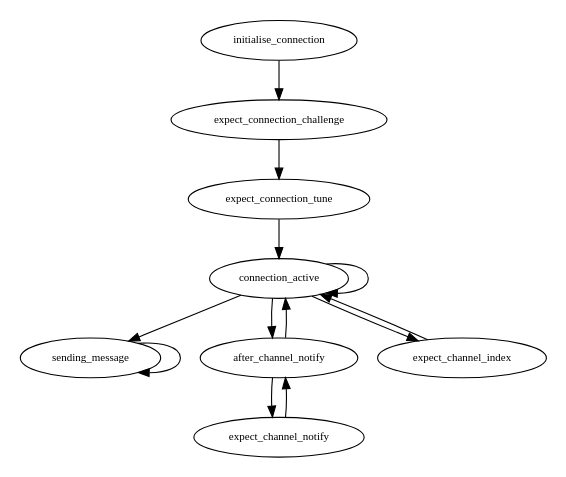
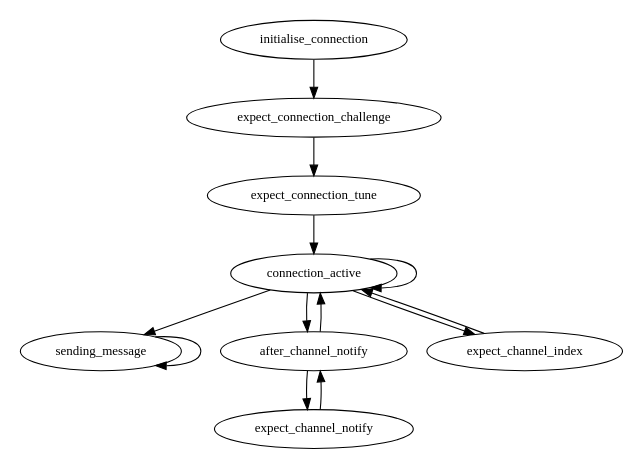
One commit to imatix/openamq changed the diagram in doc/amq_aclient_agent.dot. Above: the diagram before and after it, drawn with Graphviz. The commit also changed 4 other files, not shown here.

```diff
--- a/doc/amq_aclient_agent.dot
+++ b/doc/amq_aclient_agent.dot
@@ -1,18 +1,18 @@
 digraph AClientAgent {
-    size = "3.5,8";
-    node [fontsize=10];
+    size = "4,8";
+    node [fontsize=12];
     subgraph client {
         initialise_connection -> expect_connection_challenge;
         expect_connection_challenge -> expect_connection_tune;
         expect_connection_tune -> connection_active;
         connection_active -> connection_active;
         connection_active -> sending_message;
         connection_active -> after_channel_notify;
         connection_active -> expect_channel_index;
         expect_channel_index -> connection_active;
         after_channel_notify -> expect_channel_notify;
         after_channel_notify -> connection_active;
         expect_channel_notify -> after_channel_notify;
         sending_message -> sending_message;
     }
 }
```
